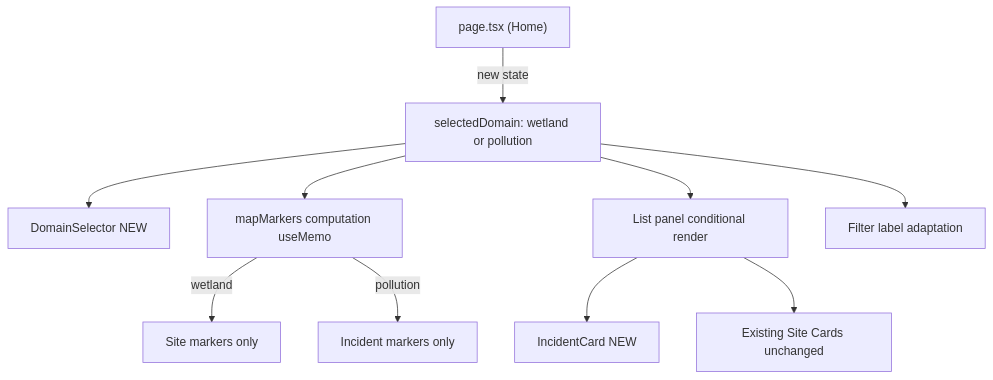
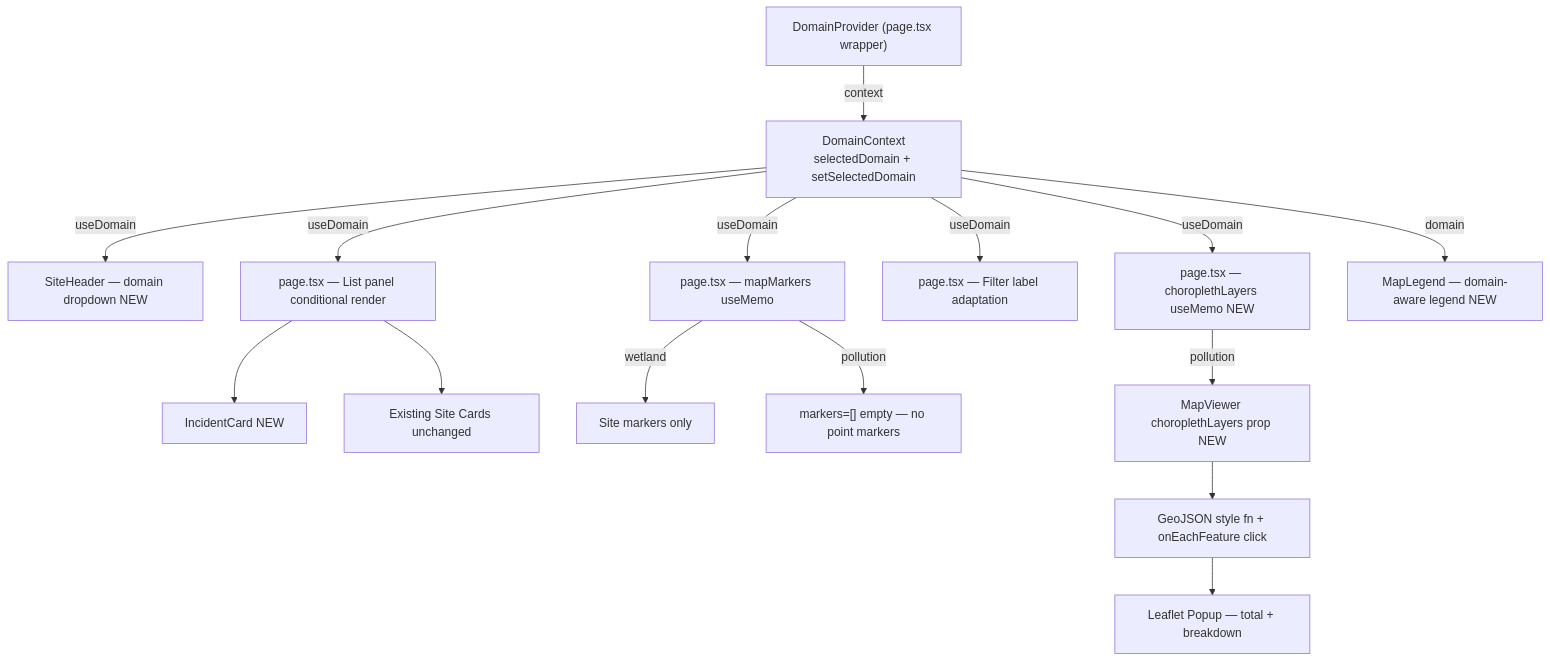
Before and after one commit to akvo/nbd-phase-1: the second of 3 diagrams in docs/prd/domain_selector_dashboard_prd.md, drawn with Mermaid. The commit also changed other lines of this file and 1 other file, not shown here.

Commit message:
[#100] Update plan to include moving Domain selector to header & show pollution report as cloropleth

````diff
--- a/docs/prd/domain_selector_dashboard_prd.md
+++ b/docs/prd/domain_selector_dashboard_prd.md
@@ -142,12 +215,17 @@
 ```mermaid
 graph TD
-    A["page.tsx (Home)"] -->|new state| B["selectedDomain: wetland or pollution"]
-    B --> C["DomainSelector NEW"]
-    B --> D["mapMarkers computation useMemo"]
-    B --> E["List panel conditional render"]
-    B --> F["Filter label adaptation"]
+    A["DomainProvider (page.tsx wrapper)"] -->|context| B["DomainContext\nselectedDomain + setSelectedDomain"]
+    B -->|useDomain| C["SiteHeader — domain dropdown NEW"]
+    B -->|useDomain| D["page.tsx — mapMarkers useMemo"]
+    B -->|useDomain| E["page.tsx — List panel conditional render"]
+    B -->|useDomain| F["page.tsx — Filter label adaptation"]
+    B -->|useDomain| K["page.tsx — choroplethLayers useMemo NEW"]
     E --> G["IncidentCard NEW"]
     E --> H["Existing Site Cards unchanged"]
     D -->|wetland| I["Site markers only"]
-    D -->|pollution| J["Incident markers only"]
+    D -->|pollution| J["markers=[] empty — no point markers"]
+    K -->|pollution| L["MapViewer choroplethLayers prop NEW"]
+    L --> M["GeoJSON style fn + onEachFeature click"]
+    M --> N["Leaflet Popup — total + breakdown"]
+    B -->|domain| O["MapLegend — domain-aware legend NEW"]
 ```
````
